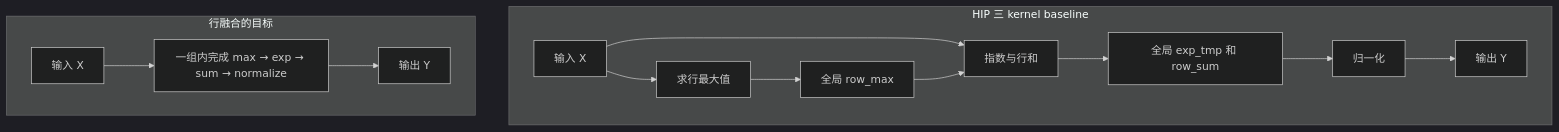
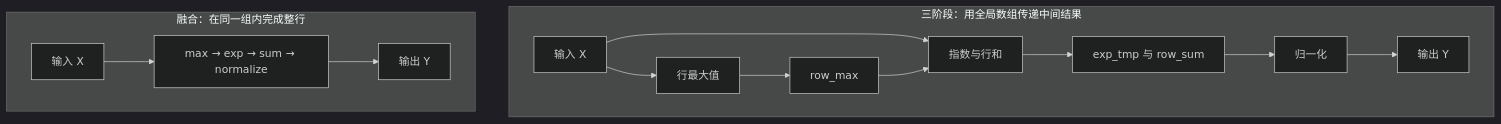
One commit to datawhalechina/hello-gpu changed the diagram in docs/part2-kernels/chapter10/index.md. Above: the diagram before and after it, drawn with Mermaid (dark theme). The commit also changed other lines of this file and 771 other files, not shown here.

````diff
--- a/docs/part2-kernels/chapter10/index.md
+++ b/docs/part2-kernels/chapter10/index.md
@@ -109,18 +103,16 @@
 ```mermaid
 flowchart TB
-  subgraph materialized[HIP 三 kernel baseline]
-    direction LR
-    A[输入 X] --> M[求行最大值]
-    M --> GM[全局 row_max]
+  subgraph staged[三阶段：用全局数组传递中间结果]
+    A[输入 X] --> M[行最大值]
+    M --> GM[row_max]
     A --> E[指数与行和]
     GM --> E
-    E --> GP[全局 exp_tmp 和 row_sum]
+    E --> GP[exp_tmp 与 row_sum]
     GP --> N[归一化]
     N --> O[输出 Y]
   end
-  subgraph fused[行融合的目标]
-    direction LR
-    FX[输入 X] --> ROW[一组内完成 max → exp → sum → normalize]
+  subgraph fused[融合：在同一组内完成整行]
+    FX[输入 X] --> ROW[max → exp → sum → normalize]
     ROW --> FY[输出 Y]
   end
 ```
````
